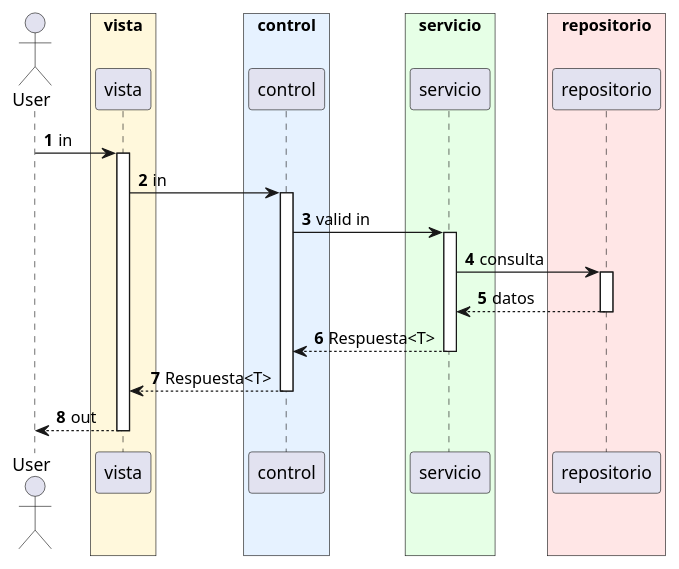
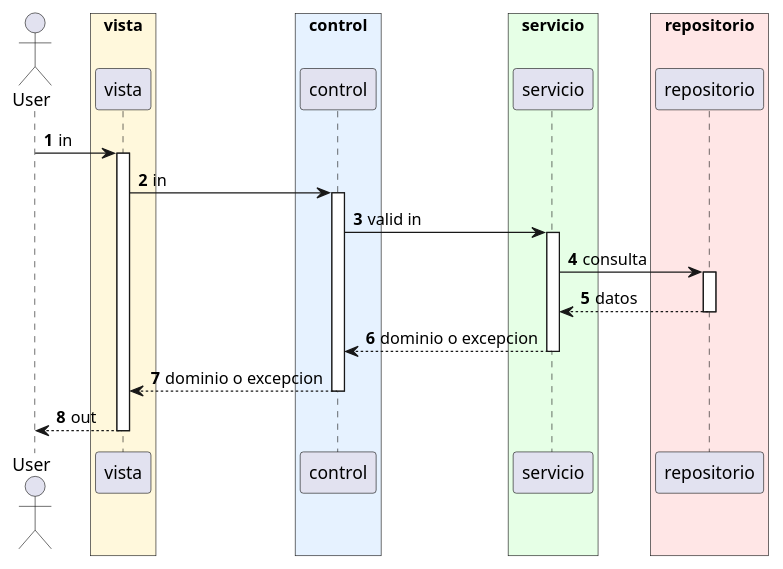
Before and after one commit to af-gonzalezr/Taller: the diagram in src/main/java/co/edu/uptcsoft/taller/diagramageneral.md, drawn with PlantUML. The commit also changed 53 other files, not shown here.

```diff
--- a/src/main/java/co/edu/uptcsoft/taller/diagramageneral.md
+++ b/src/main/java/co/edu/uptcsoft/taller/diagramageneral.md
@@ -1,47 +1,47 @@
 @startuml
 autonumber
 skinparam BoxPadding 20
 
 actor User
 
 box "vista" #FFF8DC
 participant vista
 end box
 
 box "control" #E6F2FF
 participant control
 end box
 
 box "servicio" #E6FFE6
 participant servicio
 end box
 
 box "repositorio" #FFE6E6
 participant repositorio
 end box
 
 User -> vista : in
 activate vista
 
 vista -> control : in
 activate control
 
 control -> servicio : valid in
 activate servicio
 
 servicio -> repositorio : consulta
 activate repositorio
 
 repositorio --> servicio : datos
 deactivate repositorio
 
-servicio --> control : Respuesta<T>
+servicio --> control : dominio o excepcion
 deactivate servicio
 
-control --> vista : Respuesta<T>
+control --> vista : dominio o excepcion
 deactivate control
 
 vista --> User : out
 deactivate vista
 
 @enduml
```
